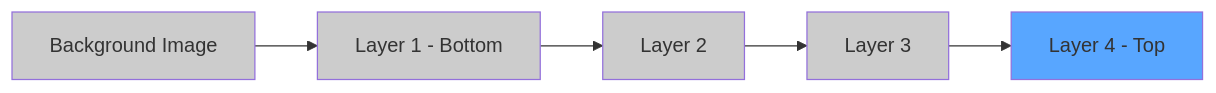
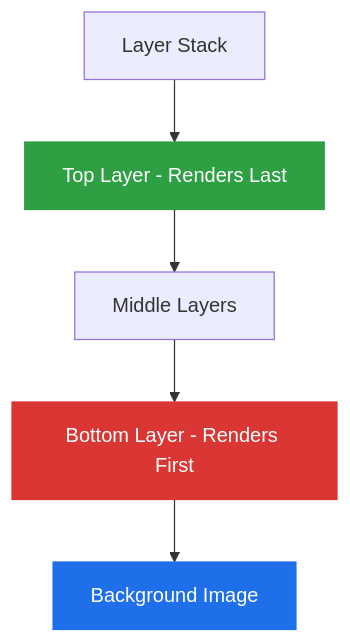
The third of 5 diagrams in README.md (xsukax/xsukax-Overlay-Studio), drawn with Mermaid before and after one commit. The commit also changed other lines of this file, not shown here.

````diff
--- a/README.md
+++ b/README.md
@@ -237,12 +246,10 @@
 ```mermaid
-graph LR
-    A[Background Image] --> B[Layer 1 - Bottom]
-    B --> C[Layer 2]
-    C --> D[Layer 3]
-    D --> E[Layer 4 - Top]
-    style A fill:#ccc
-    style B fill:#ccc
-    style C fill:#ccc
-    style D fill:#ccc
-    style E fill:#58a6ff
+graph TB
+    A[Layer Stack] --> B[Top Layer - Renders Last]
+    B --> C[Middle Layers]
+    C --> D[Bottom Layer - Renders First]
+    D --> E[Background Image]
+    style B fill:#2ea043,stroke:#2ea043,color:#fff
+    style D fill:#da3633,stroke:#da3633,color:#fff
+    style E fill:#1f6feb,stroke:#1f6feb,color:#fff
 ```
````
